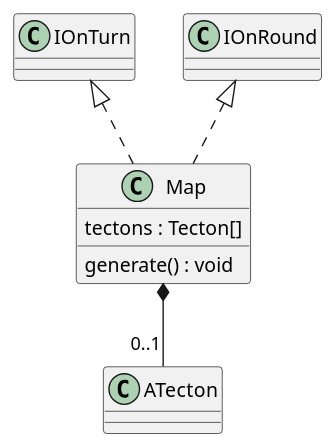
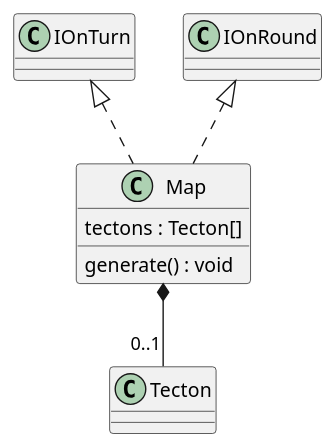
The diagram in 3/classes/map.puml (Petya-G/fungorium), drawn with PlantUML before and after one commit. The commit also changed 8 other files, not shown here.

```diff
--- a/3/classes/map.puml
+++ b/3/classes/map.puml
@@ -1,9 +1,9 @@
 @startuml map
 IOnTurn <|.. Map 
 IOnRound <|.. Map
-Map *-- "0..1" ATecton
+Map *-- "0..1" Tecton
 class Map{
     tectons : Tecton[]
     generate() : void
 }
 @enduml
```
